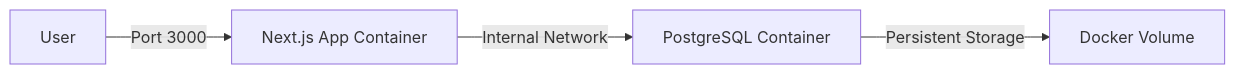
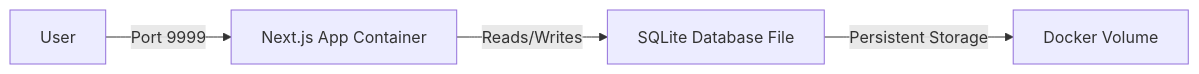
Before and after one commit to ziks29/bcn: the diagram in DOCKER.md, drawn with Mermaid. The commit also changed other lines of this file and 53 other files, not shown here.

````diff
--- a/DOCKER.md
+++ b/DOCKER.md
@@ -10,6 +9,6 @@
 ```mermaid
 graph LR
-    A[User] -->|Port 3000| B[Next.js App Container]
-    B -->|Internal Network| C[PostgreSQL Container]
+    A[User] -->|Port 9999| B[Next.js App Container]
+    B -->|Reads/Writes| C[SQLite Database File]
     C -->|Persistent Storage| D[Docker Volume]
 ```
````
